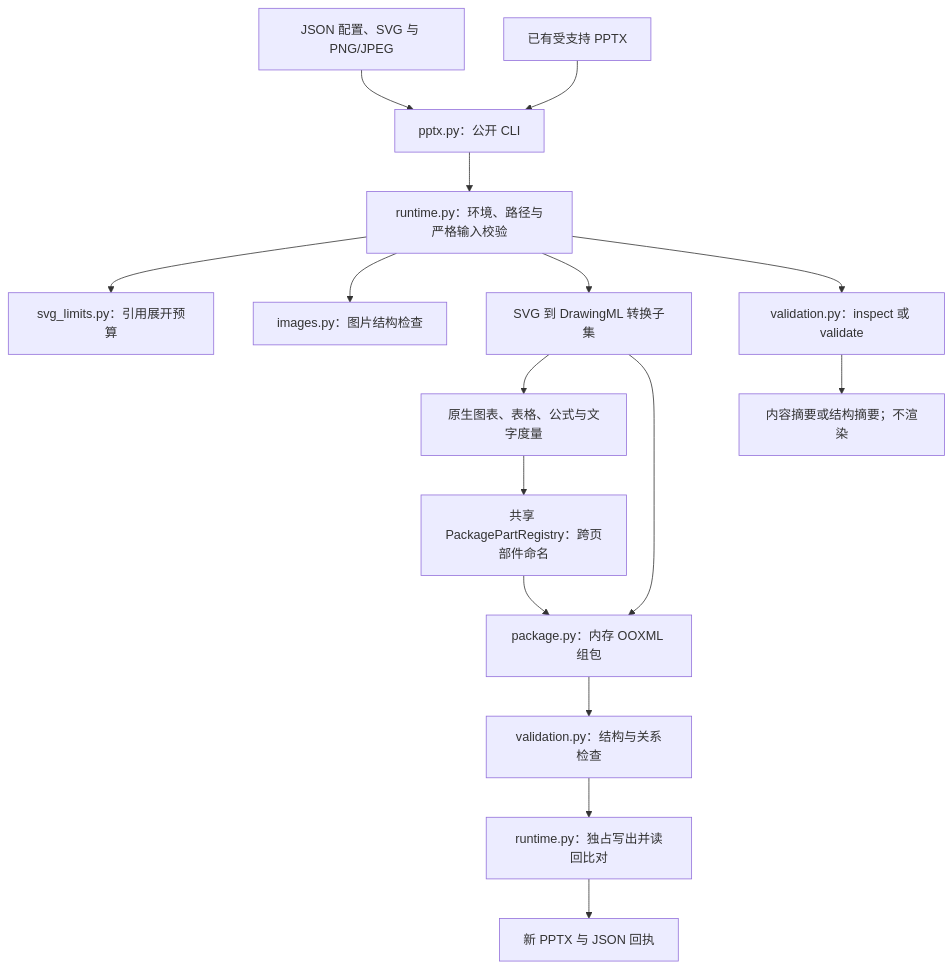
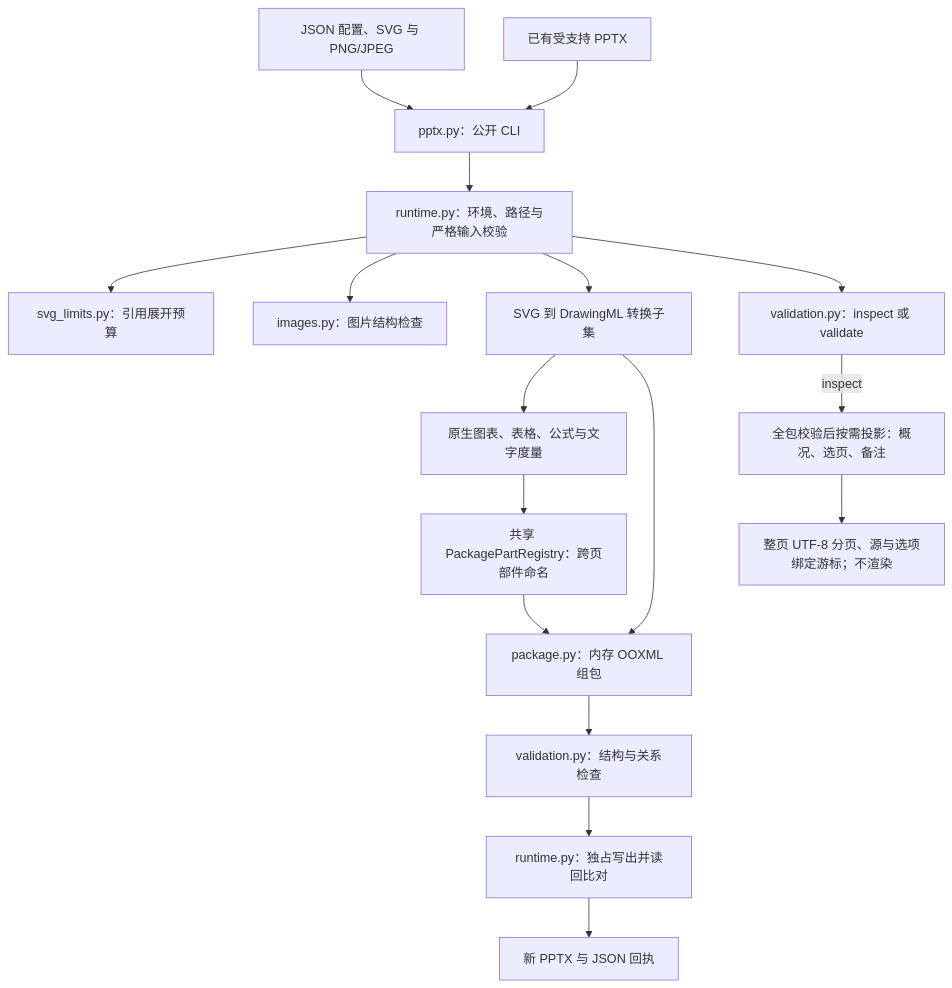
Before and after one commit to JohnParken/PSL-SKILLS: the first of 2 diagrams in docs/skills/pptx.md, drawn with Mermaid. The commit also changed other lines of this file and 17 other files, not shown here.

````diff
--- a/docs/skills/pptx.md
+++ b/docs/skills/pptx.md
@@ -15,18 +15,19 @@
 ```mermaid
 flowchart TD
     A["JSON 配置、SVG 与 PNG/JPEG"] --> B["pptx.py：公开 CLI"]
     B --> C["runtime.py：环境、路径与严格输入校验"]
     C --> D["svg_limits.py：引用展开预算"]
     C --> E["images.py：图片结构检查"]
     C --> F["SVG 到 DrawingML 转换子集"]
     F --> G["原生图表、表格、公式与文字度量"]
     G --> H["共享 PackagePartRegistry：跨页部件命名"]
     F --> I["package.py：内存 OOXML 组包"]
     H --> I
     I --> J["validation.py：结构与关系检查"]
     J --> K["runtime.py：独占写出并读回比对"]
     K --> L["新 PPTX 与 JSON 回执"]
     M["已有受支持 PPTX"] --> B
     C --> N["validation.py：inspect 或 validate"]
-    N --> O["内容摘要或结构摘要；不渲染"]
+    N -->|"inspect"| O["全包校验后按需投影：概况、选页、备注"]
+    O --> P["整页 UTF-8 分页、源与选项绑定游标；不渲染"]
 ```
````
